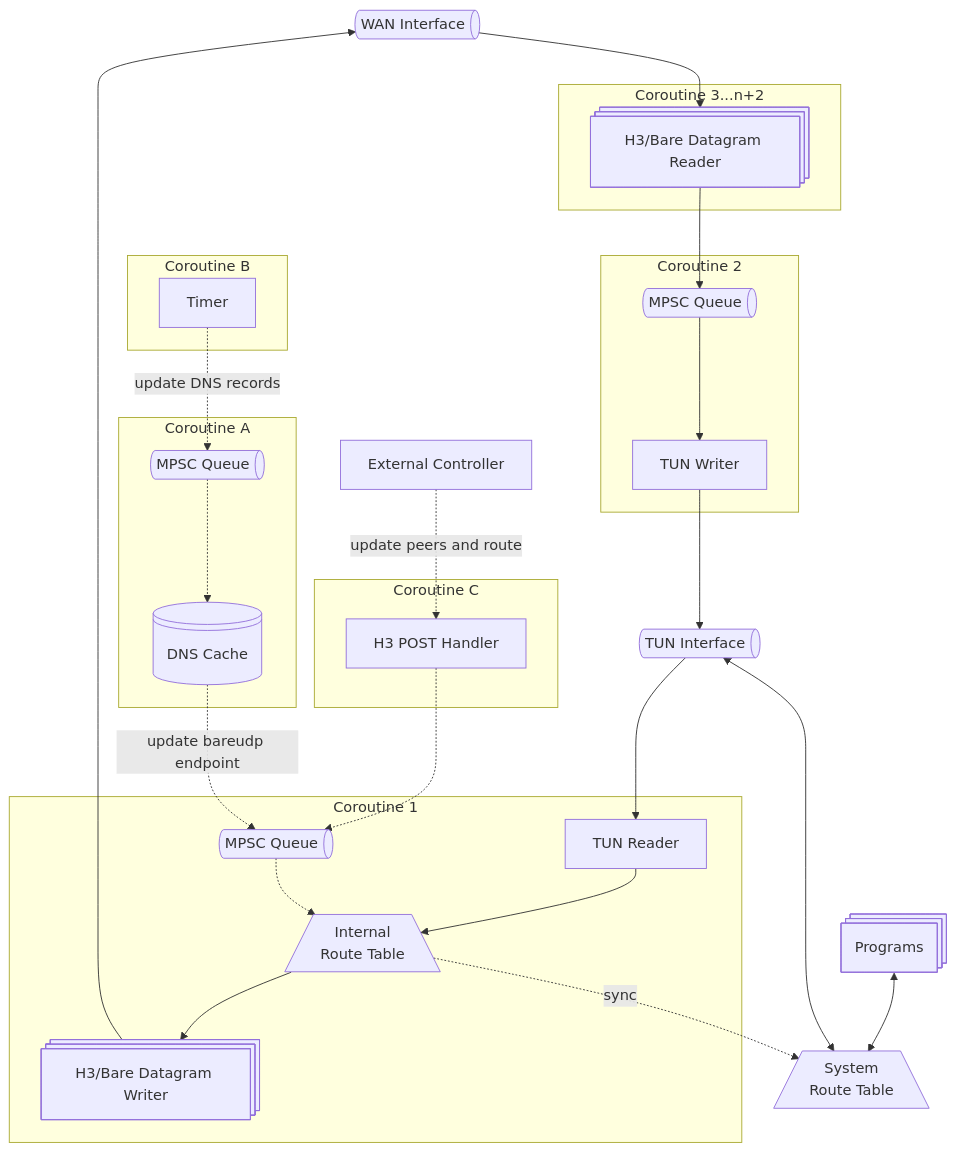
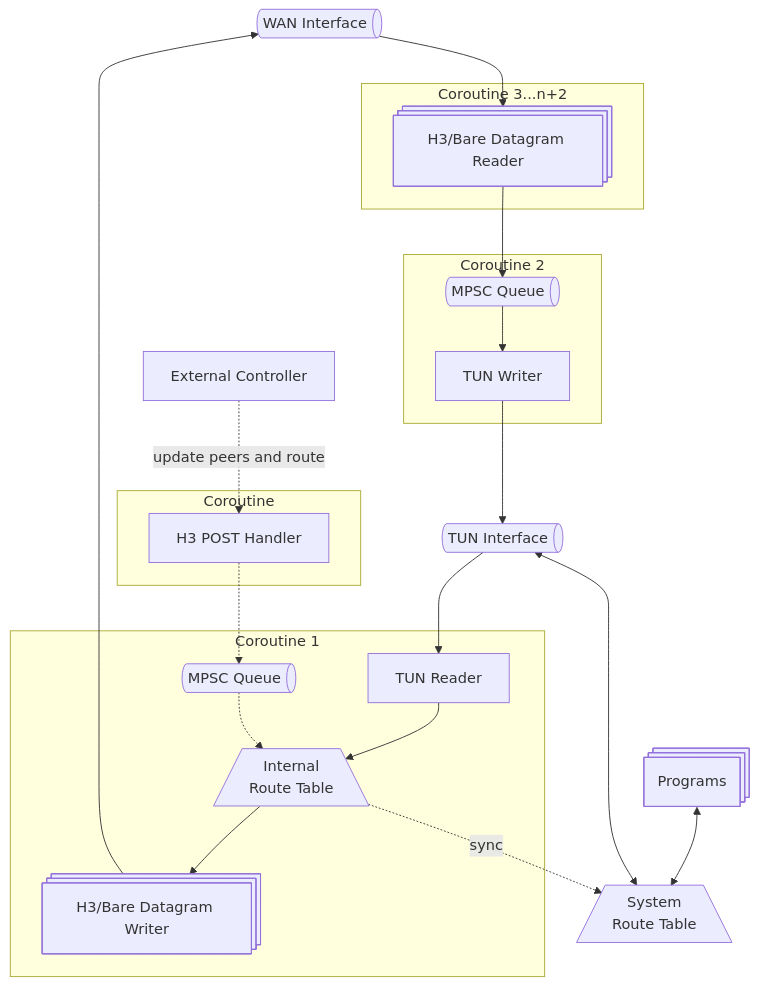
Before and after one commit to sands-lab/h3llo: the diagram in docs/internals.md, drawn with Mermaid. The commit also changed other lines of this file and 2 other files, not shown here.

First line of the commit message:
docs: clarify DNS resolution with local.dns field

````diff
--- a/docs/internals.md
+++ b/docs/internals.md
@@ -27,52 +24,35 @@
 ```mermaid
 flowchart TB
 
         wan1[WAN Interface]@{shape: h-cyl}
         tun1[TUN Interface]@{shape: h-cyl}
         prog1[Programs]@{shape: processes}
-        r2[/System<br>Route Table\]
-        
-        
-            
+        r2[/System<br>Route Table\]    
 
         subgraph cr1["Coroutine 1"]
             tr1[TUN Reader]
             q2[MPSC Queue]@{shape: h-cyl}
             r1[/Internal<br>Route Table\]
             hw1[H3/Bare Datagram Writer]@{shape: st-rect}
         end
 
         subgraph cr4["Coroutine 3...n+2"]
             hr1[H3/Bare Datagram Reader]@{shape: st-rect}
         end
 
         subgraph cr2["Coroutine 2"]
             q1[MPSC Queue]@{shape: h-cyl}
             tw1[TUN Writer]
         end
 
-        subgraph cra[Coroutine A]
-            q3[MPSC Queue]@{shape: h-cyl}
-            dns1[DNS Cache]@{shape: lin-cyl}
-        end
-
-        subgraph crb["Coroutine B"]
-            t1[Timer]
-        end
-
         ctrl1["External Controller"]
 
-        subgraph crc["Coroutine C"]
+        subgraph crc["Coroutine"]
             hh1[H3 POST Handler]
         end
-
-        
 
     prog1 <--> r2 <--> tun1
     tun1 --> tr1 --> r1 --> hw1 --> wan1 --> hr1 --> q1 --> tw1 --> tun1
     
     ctrl1 -. update peers and route -.-> hh1 -.-> q2 -.-> r1 -. sync -.-> r2
-    t1 -. update DNS records -.-> q3 -.-> dns1
-    dns1 -. update bareudp endpoint -.-> q2
-
 ```
````
